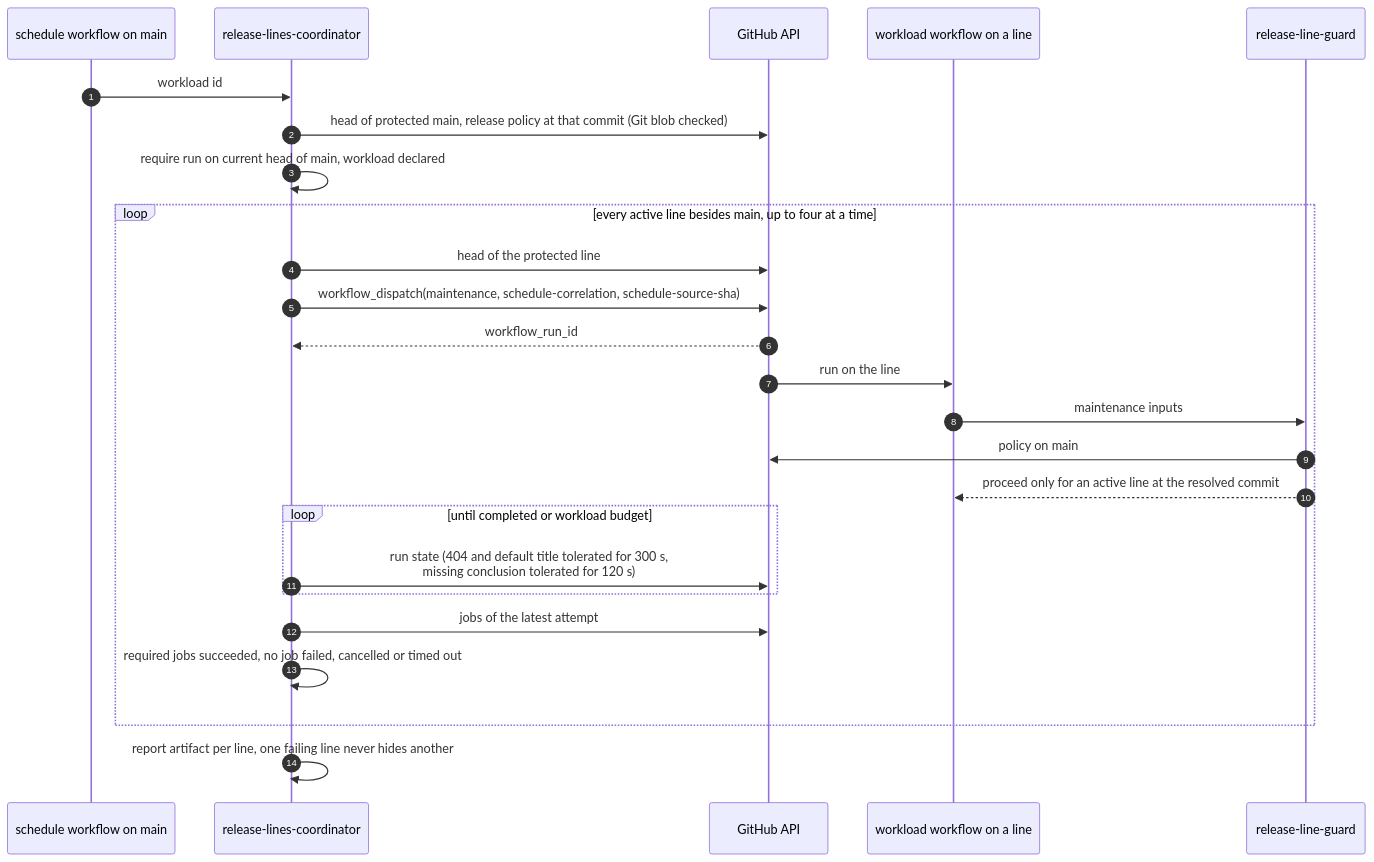
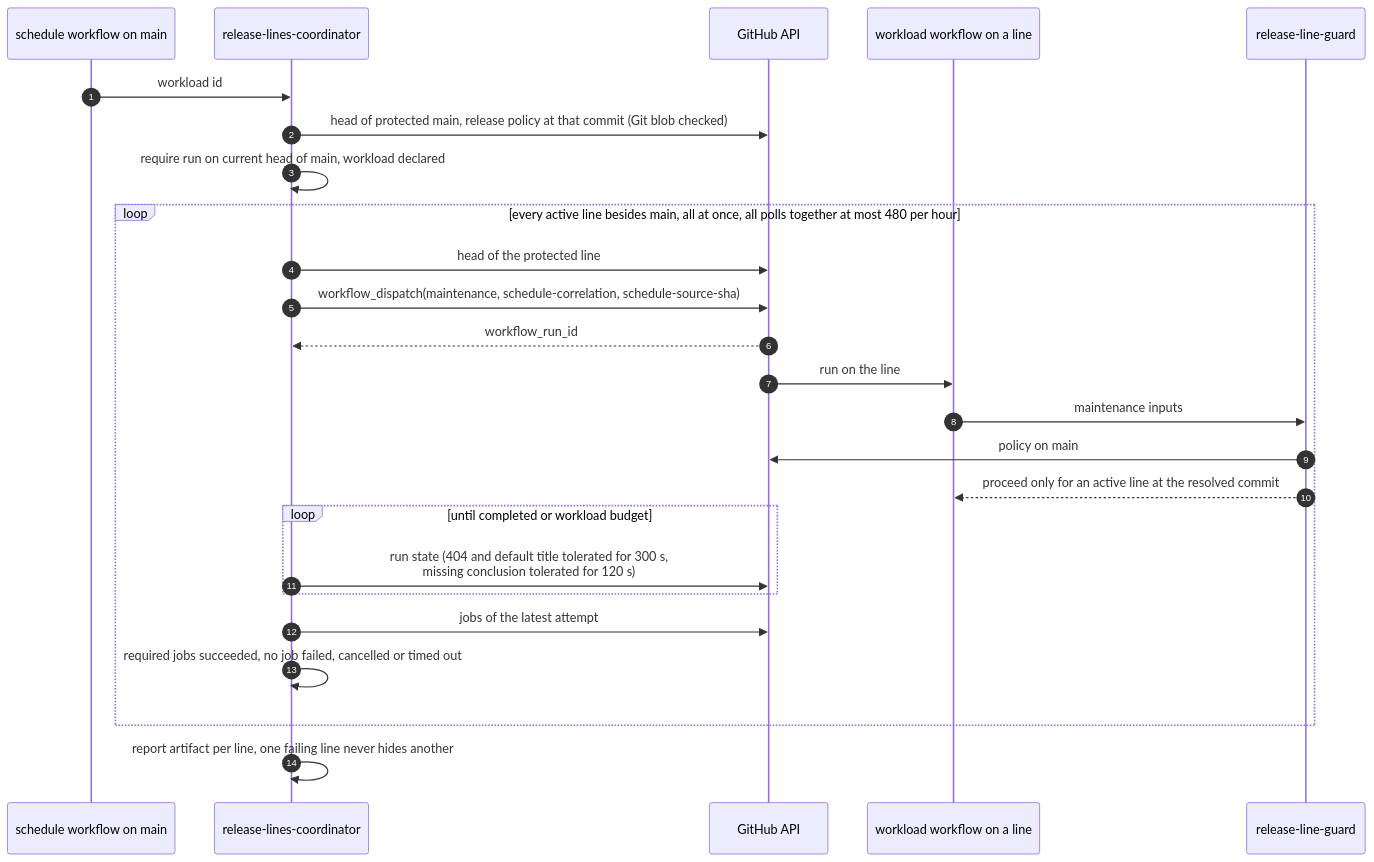
The eighth of 19 diagrams in docs/overview.md (doka-labs/workflows), drawn with Mermaid before and after one commit. The commit also changed other lines of this file and 25 other files, not shown here.

````diff
--- a/docs/overview.md
+++ b/docs/overview.md
@@ -213,28 +213,28 @@
 ```mermaid
 sequenceDiagram
   autonumber
   participant S as schedule workflow on main
   participant C as release-lines-coordinator
   participant API as GitHub API
   participant W as workload workflow on a line
   participant G as release-line-guard
 
   S->>C: workload id
   C->>API: head of protected main, release policy at that commit (Git blob checked)
   C->>C: require run on current head of main, workload declared
-  loop every active line besides main, up to four at a time
+  loop every active line besides main, all at once, all polls together at most 480 per hour
     C->>API: head of the protected line
     C->>API: workflow_dispatch(maintenance, schedule-correlation, schedule-source-sha)
     API-->>C: workflow_run_id
     API->>W: run on the line
     W->>G: maintenance inputs
     G->>API: policy on main
     G-->>W: proceed only for an active line at the resolved commit
     loop until completed or workload budget
       C->>API: run state (404 and default title tolerated for 300 s,<br/>missing conclusion tolerated for 120 s)
     end
     C->>API: jobs of the latest attempt
     C->>C: required jobs succeeded, no job failed, cancelled or timed out
   end
   C->>C: report artifact per line, one failing line never hides another
 ```
````
